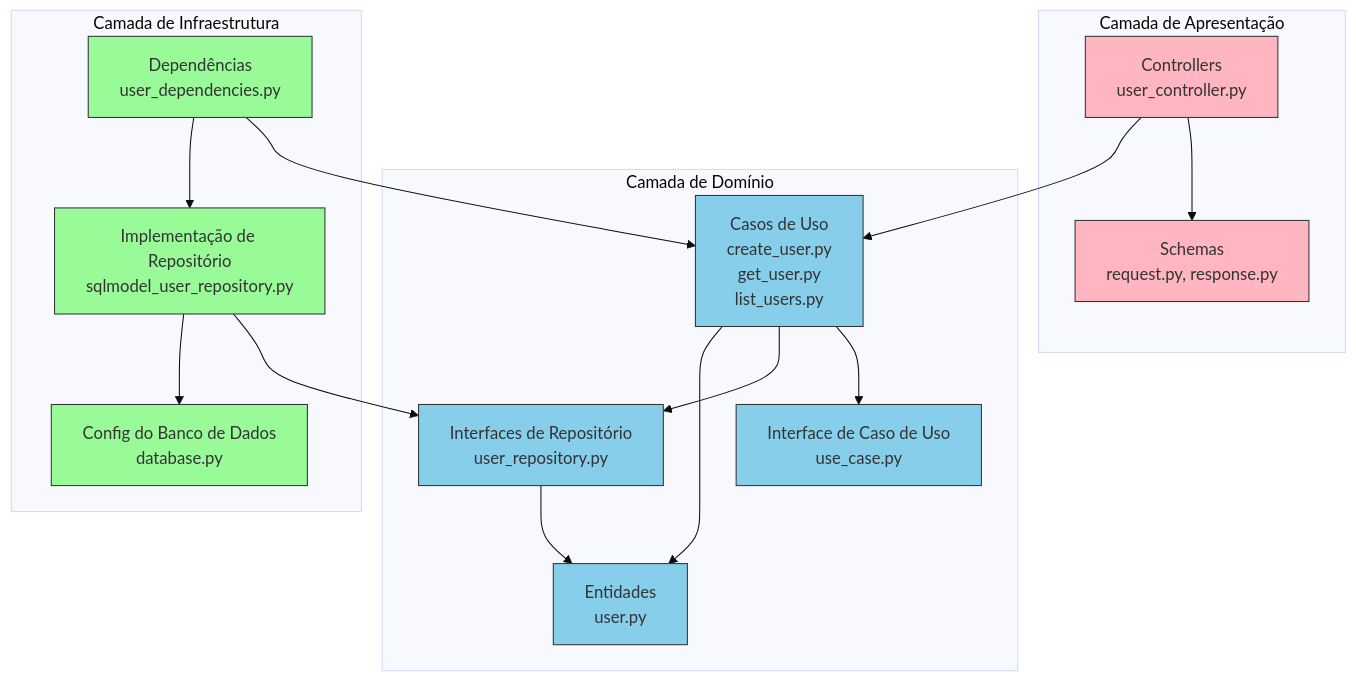
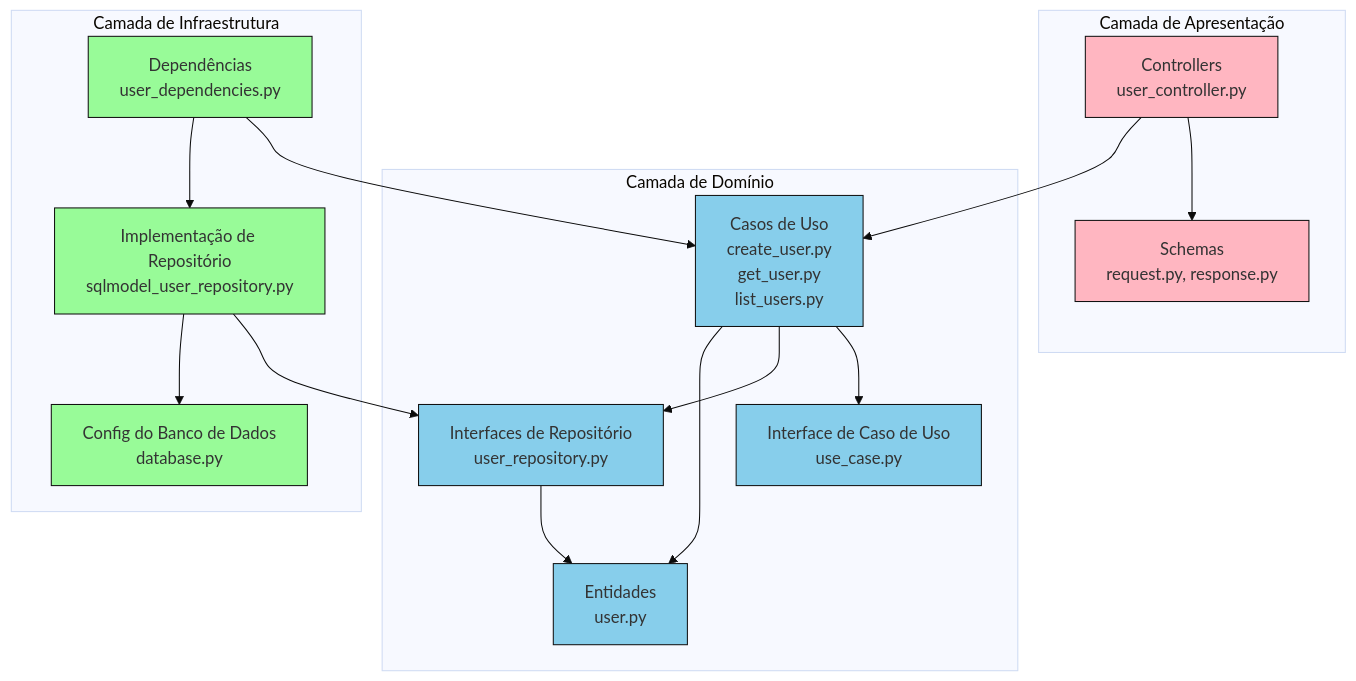
One commit to walber-vaz/learn_clean_arch_fastapi changed the diagram in README.md. Above: the diagram before and after it, drawn with Mermaid (base theme). The commit also changed other lines of this file, not shown here.

Commit message:
docs(readme): update README to include LICENSE file and enhance diagram styling

````diff
--- a/README.md
+++ b/README.md
@@ -220,39 +218,39 @@
 ```mermaid
 graph TD
     subgraph "Camada de Apresentação"
         Controllers["Controllers\nuser_controller.py"]
         Schemas["Schemas\nrequest.py, response.py"]
     end
 
     subgraph "Camada de Domínio"
         Entities["Entidades\nuser.py"]
         RepositoryInterfaces["Interfaces de Repositório\nuser_repository.py"]
         UseCases["Casos de Uso\ncreate_user.py\nget_user.py\nlist_users.py"]
         UseCase["Interface de Caso de Uso\nuse_case.py"]
     end
 
     subgraph "Camada de Infraestrutura"
         RepositoryImpl["Implementação de Repositório\nsqlmodel_user_repository.py"]
         DBConfig["Config do Banco de Dados\ndatabase.py"]
         Dependencies["Dependências\nuser_dependencies.py"]
     end
 
     Controllers --> Schemas
     Controllers --> UseCases
     UseCases --> UseCase
     UseCases --> RepositoryInterfaces
     UseCases --> Entities
     RepositoryInterfaces --> Entities
     RepositoryImpl --> RepositoryInterfaces
     RepositoryImpl --> DBConfig
     Dependencies --> UseCases
     Dependencies --> RepositoryImpl
 
-    classDef presentation fill:#FFB6C1,stroke:#333,stroke-width:1px;
-    classDef domain fill:#87CEEB,stroke:#333,stroke-width:1px;
-    classDef infrastructure fill:#98FB98,stroke:#333,stroke-width:1px;
+    classDef presentation fill:#FFB6C1,stroke:#111,stroke-width:1px;
+    classDef domain fill:#87CEEB,stroke:#111,stroke-width:1px;
+    classDef infrastructure fill:#98FB98,stroke:#111,stroke-width:1px;
 
     class Controllers,Schemas presentation;
     class Entities,RepositoryInterfaces,UseCases,UseCase domain;
     class RepositoryImpl,DBConfig,Dependencies infrastructure;
 ```
````
